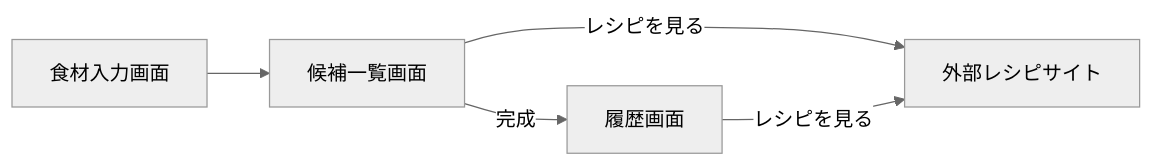
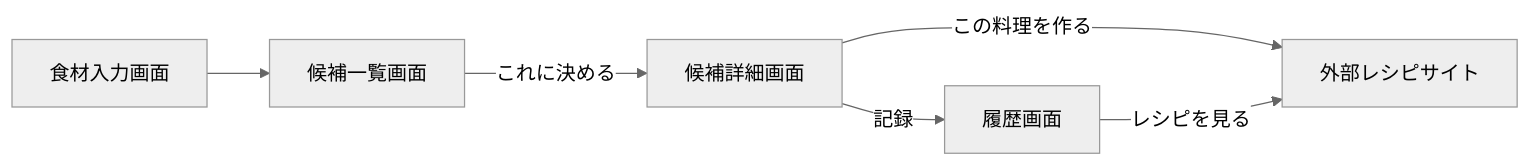
Before and after one commit to kikiki-0604/1015_study: the second of 2 diagrams in docs/requirements.md, drawn with Mermaid (neutral theme). The commit also changed other lines of this file and 11 other files, not shown here.

````diff
--- a/docs/requirements.md
+++ b/docs/requirements.md
@@ -53,7 +55,8 @@
 ```mermaid
 flowchart LR
     T[食材入力画面] --> L[候補一覧画面]
-    L -->|レシピを見る| R[外部レシピサイト]
-    L -->|完成| H[履歴画面]
+    L -->|これに決める| N[候補詳細画面]
+    N -->|この料理を作る| R[外部レシピサイト]
+    N -->|記録| H[履歴画面]
     H -->|レシピを見る| R
 ```
````
